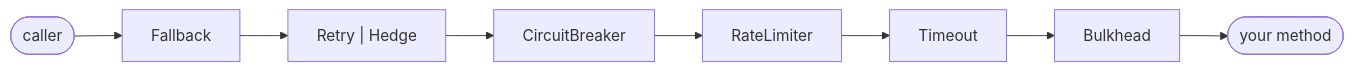
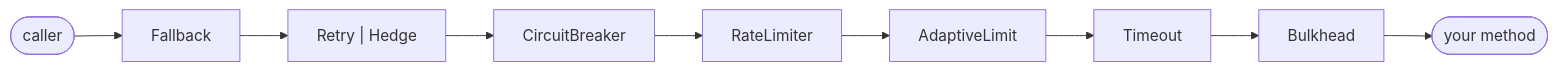
The diagram in docs/en/policies/README.md (fabiangftech/resilience4cata), drawn with Mermaid before and after one commit. The commit also changed other lines of this file and 115 other files, not shown here.

Commit message:
feat: @AdaptiveLimit (Gradient2, AIMD)

````diff
--- a/docs/en/policies/README.md
+++ b/docs/en/policies/README.md
@@ -36,4 +38,4 @@
 ```mermaid
 flowchart LR
-    caller(["caller"]) --> F["Fallback"] --> R["Retry | Hedge"] --> C["CircuitBreaker"] --> L["RateLimiter"] --> T["Timeout"] --> B["Bulkhead"] --> M(["your method"])
+    caller(["caller"]) --> F["Fallback"] --> R["Retry | Hedge"] --> C["CircuitBreaker"] --> L["RateLimiter"] --> A["AdaptiveLimit"] --> T["Timeout"] --> B["Bulkhead"] --> M(["your method"])
 ```
````
